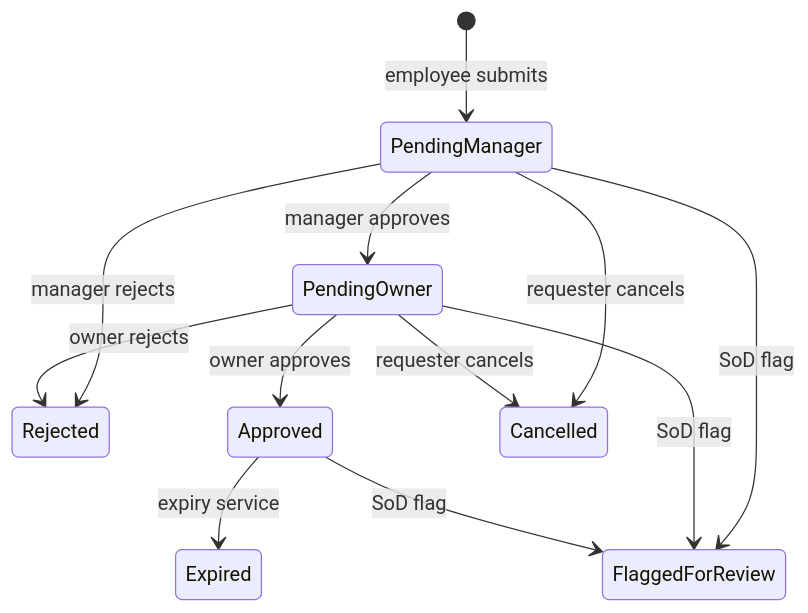
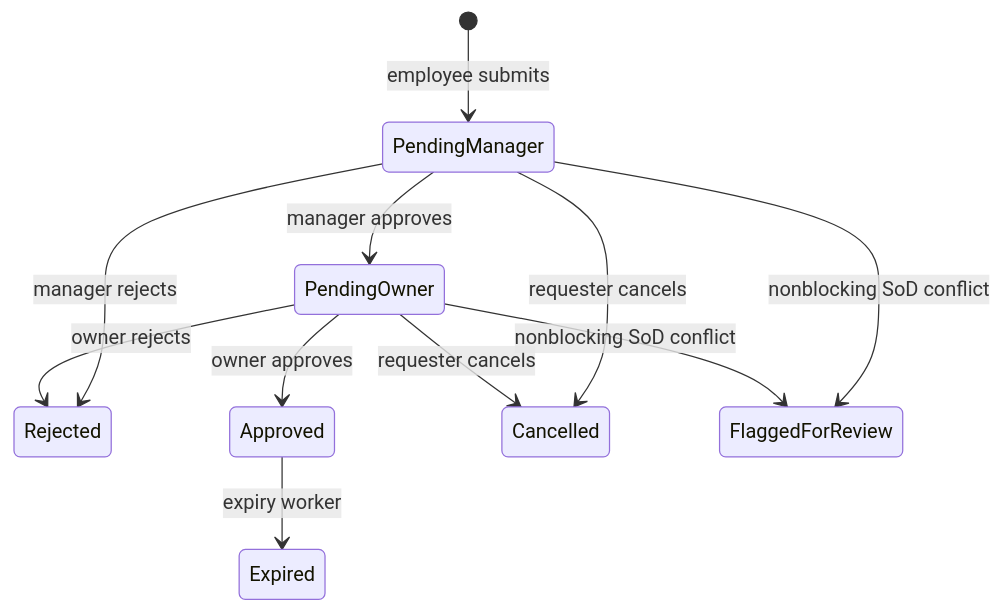
The second of 2 diagrams in HANDOFF.md (AlyEl-Halawany/AccessDesk), drawn with Mermaid before and after one commit. The commit also changed other lines of this file and 7 other files, not shown here.

````diff
--- a/HANDOFF.md
+++ b/HANDOFF.md
@@ -58,14 +74,13 @@
 ```mermaid
 stateDiagram-v2
   [*] --> PendingManager: employee submits
   PendingManager --> PendingOwner: manager approves
   PendingManager --> Rejected: manager rejects
   PendingOwner --> Approved: owner approves
   PendingOwner --> Rejected: owner rejects
   PendingManager --> Cancelled: requester cancels
   PendingOwner --> Cancelled: requester cancels
-  Approved --> Expired: expiry service
-  PendingManager --> FlaggedForReview: SoD flag
-  PendingOwner --> FlaggedForReview: SoD flag
-  Approved --> FlaggedForReview: SoD flag
+  Approved --> Expired: expiry worker
+  PendingManager --> FlaggedForReview: nonblocking SoD conflict
+  PendingOwner --> FlaggedForReview: nonblocking SoD conflict
 ```
````
